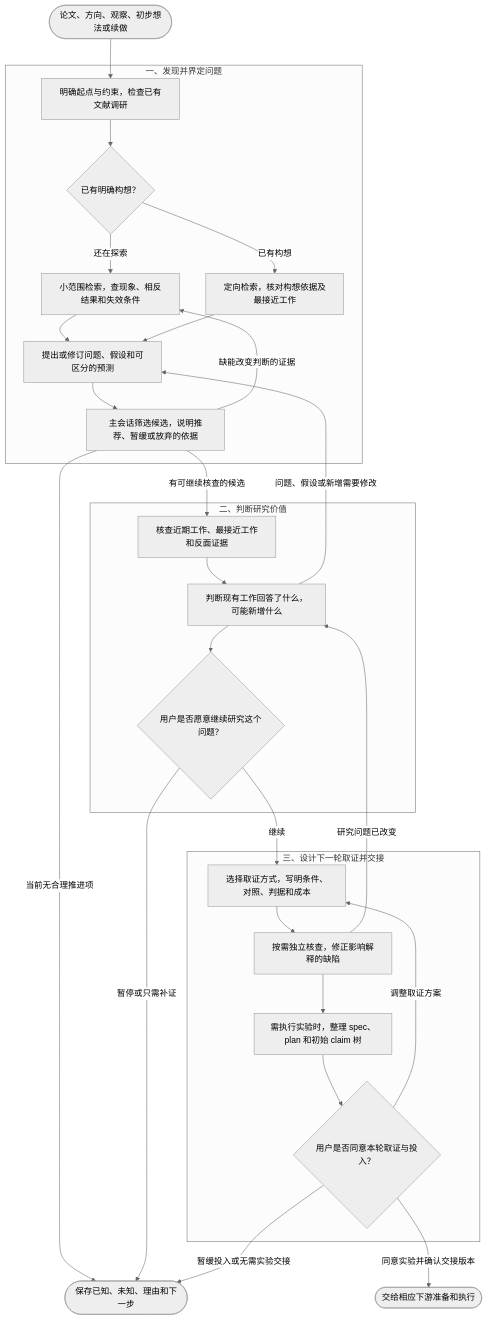
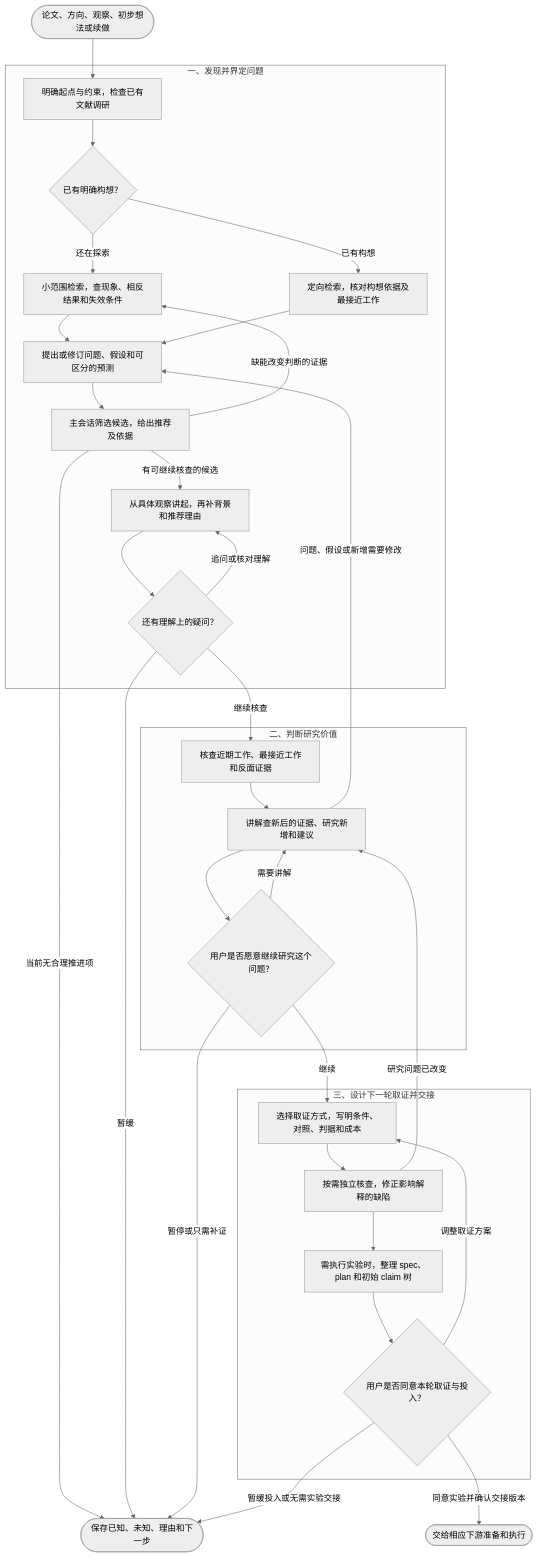
One commit to jackwang0108/dl-assistant changed the second of 2 diagrams in plugins/dl-assistant/skills/idea-find/SKILL.md. Above: the diagram before and after it, drawn with Mermaid (neutral theme). The commit also changed other lines of this file and 2 other files, not shown here.

Commit message:
Explain research candidates before asking for a decision

````diff
--- a/plugins/dl-assistant/skills/idea-find/SKILL.md
+++ b/plugins/dl-assistant/skills/idea-find/SKILL.md
@@ -51,41 +51,47 @@
 ```mermaid
 flowchart TD
     START(["论文、方向、观察、初步想法或续做"])
     subgraph DISCOVER["一、发现并界定问题"]
         ENTRY["明确起点与约束，检查已有文献调研"]
         INPUT{"已有明确构想？"}
         LOOK["小范围检索，查现象、相反结果和失效条件"]
         VERIFY["定向检索，核对构想依据及最接近工作"]
         HYP["提出或修订问题、假设和可区分的预测"]
-        RANK["主会话筛选候选，说明推荐、暂缓或放弃的依据"]
+        RANK["主会话筛选候选，给出推荐及依据"]
+        EXPLAIN["从具体观察讲起，再补背景和推荐理由"]
+        DISCUSS{"还有理解上的疑问？"}
         ENTRY --> INPUT
         INPUT -->|"还在探索"| LOOK --> HYP
         INPUT -->|"已有构想"| VERIFY --> HYP
         HYP --> RANK
+        RANK -->|"有可继续核查的候选"| EXPLAIN --> DISCUSS
+        DISCUSS -->|"追问或核对理解"| EXPLAIN
     end
     subgraph VALUE["二、判断研究价值"]
         EVIDENCE["核查近期工作、最接近工作和反面证据"]
-        JUDGE["判断现有工作回答了什么，可能新增什么"]
+        JUDGE["讲解查新后的证据、研究新增和建议"]
         D1{"用户是否愿意继续研究这个问题？"}
         EVIDENCE --> JUDGE --> D1
     end
     subgraph DESIGN["三、设计下一轮取证并交接"]
         PLAN["选择取证方式，写明条件、对照、判据和成本"]
         REVIEW["按需独立核查，修正影响解释的缺陷"]
         DRAFT["需执行实验时，整理 spec、plan 和初始 claim 树"]
         D2{"用户是否同意本轮取证与投入？"}
         PLAN --> REVIEW --> DRAFT --> D2
     end
     START --> ENTRY
-    RANK -->|"有可继续核查的候选"| EVIDENCE
+    DISCUSS -->|"继续核查"| EVIDENCE
     RANK -->|"缺能改变判断的证据"| LOOK
     JUDGE -->|"问题、假设或新增需要修改"| HYP
     D1 -->|"继续"| PLAN
+    D1 -->|"需要讲解"| JUDGE
     REVIEW -->|"研究问题已改变"| JUDGE
     D2 -->|"调整取证方案"| PLAN
     RANK -->|"当前无合理推进项"| STOP
+    DISCUSS -->|"暂缓"| STOP
     D1 -->|"暂停或只需补证"| STOP
     D2 -->|"暂缓投入或无需实验交接"| STOP
     STOP(["保存已知、未知、理由和下一步"])
     D2 -->|"同意实验并确认交接版本"| HANDOFF(["交给相应下游准备和执行"])
 ```
````
